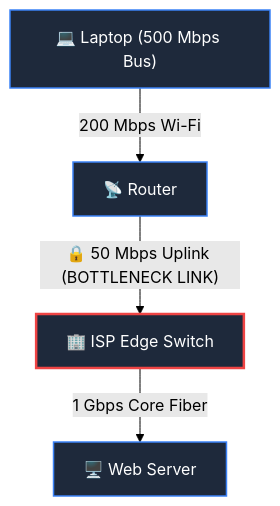
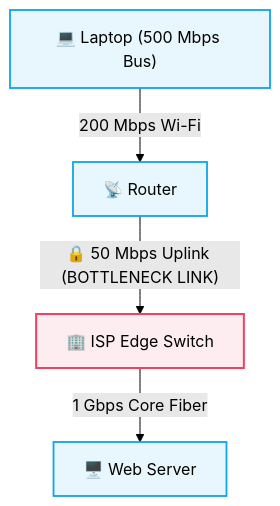
The fourth of 4 diagrams in Computer Networking/Network Performance - Delay, Latency, Throughput.md (abhinavbharti2345/CS_Notes), drawn with Mermaid (forest theme) before and after one commit. The commit also changed other lines of this file and 47 other files, not shown here.

Commit message:
docs: add computer science study notes and generate graphify visualization output

````diff
--- a/Computer Networking/Network Performance - Delay, Latency, Throughput.md
+++ b/Computer Networking/Network Performance - Delay, Latency, Throughput.md
@@ -184,12 +185,12 @@
 ```mermaid
 flowchart TD
     Laptop["💻 Laptop (500 Mbps Bus)"]
     -->|"200 Mbps Wi-Fi"| Router["📡 Router"]
     -->|"🔒 50 Mbps Uplink (BOTTLENECK LINK)"| ISP["🏢 ISP Edge Switch"]
     -->|"1 Gbps Core Fiber"| Server["🖥️ Web Server"]
 
-    classDef normal fill:#1e293b,stroke:#3b82f6,stroke-width:1.5px,color:#fff;
-    classDef bottleneck fill:#1e293b,stroke:#ef4444,stroke-width:2.5px,color:#fff;
+    classDef normal fill:#0ea5e918,stroke:#0ea5e9,stroke-width:1.8px;
+    classDef bottleneck fill:#f43f5e18,stroke:#f43f5e,stroke-width:2px;
     class Laptop,Router,Server normal;
     class ISP bottleneck;
 ```
````
